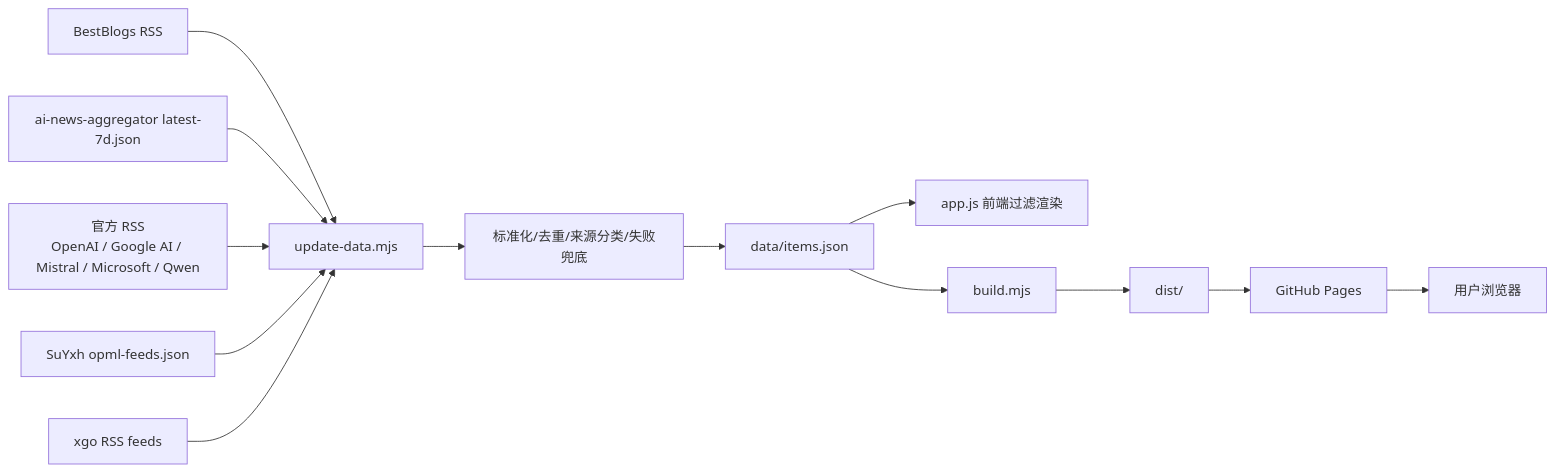
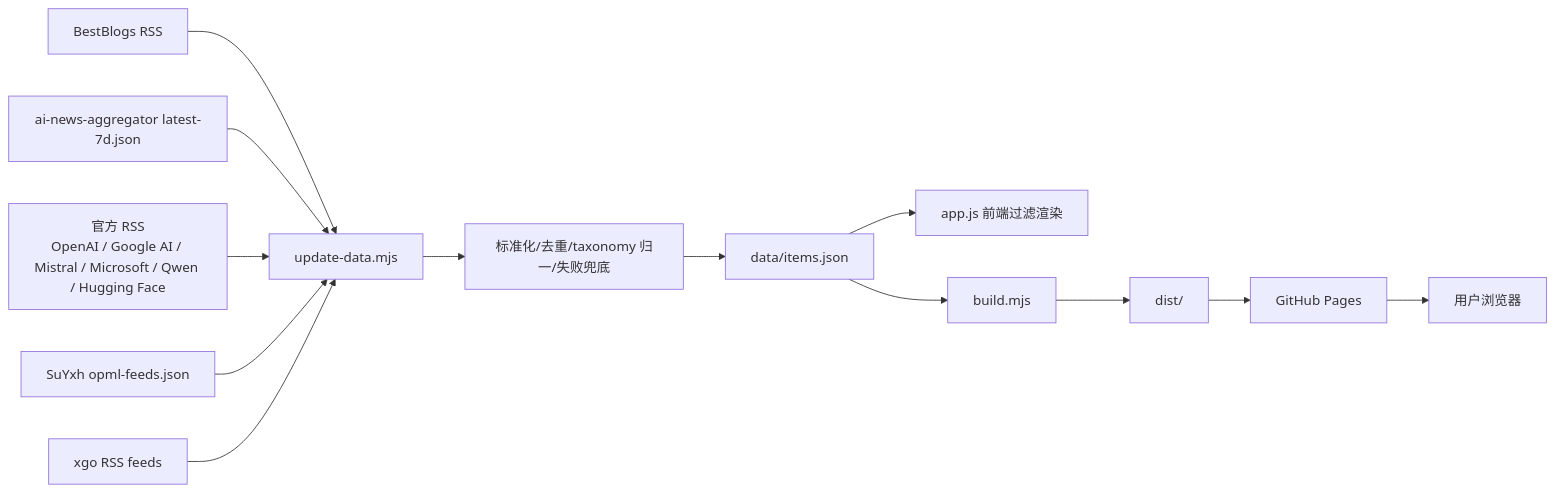
One commit to Rosetears520/rose-briefing changed the second of 3 diagrams in docs/system-architecture-and-update-flow.md. Above: the diagram before and after it, drawn with Mermaid. The commit also changed other lines of this file and 7 other files, not shown here.

Commit message:
Migrate taxonomy and add Hugging Face

````diff
--- a/docs/system-architecture-and-update-flow.md
+++ b/docs/system-architecture-and-update-flow.md
@@ -132,17 +132,17 @@
 ```mermaid
 graph LR
   A[BestBlogs RSS] --> U[update-data.mjs]
   B[ai-news-aggregator latest-7d.json] --> U
-  C[官方 RSS<br/>OpenAI / Google AI / Mistral / Microsoft / Qwen] --> U
+  C[官方 RSS<br/>OpenAI / Google AI / Mistral / Microsoft / Qwen / Hugging Face] --> U
   D[SuYxh opml-feeds.json] --> U
   D2[xgo RSS feeds] --> U
 
-  U --> N[标准化/去重/来源分类/失败兜底]
+  U --> N[标准化/去重/taxonomy 归一/失败兜底]
   N --> J[data/items.json]
 
   J --> F[app.js 前端过滤渲染]
   J --> G[build.mjs]
   G --> H[dist/]
   H --> P[GitHub Pages]
   P --> W[用户浏览器]
 ```
````
